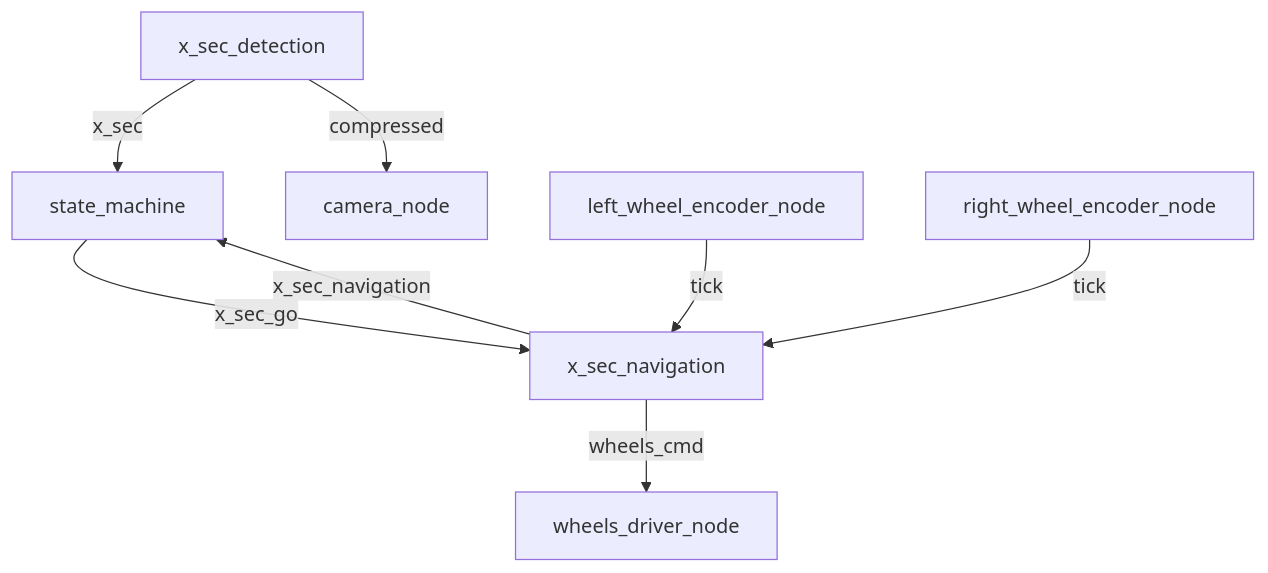
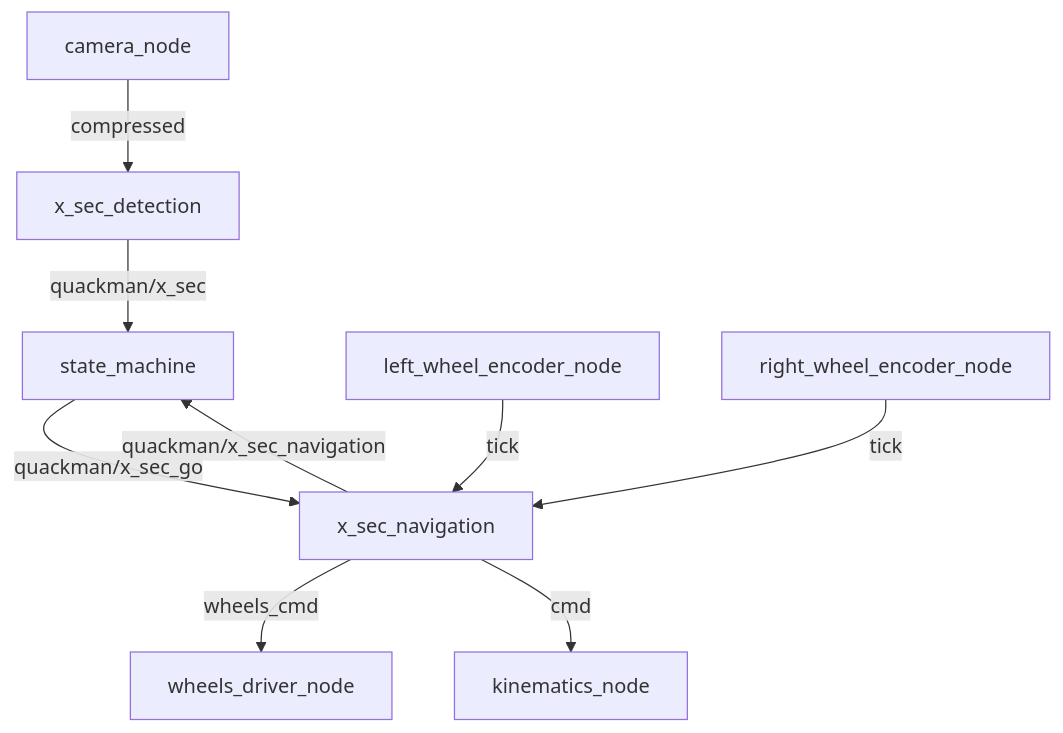
The first of 2 diagrams in README.md (Duckietown-QuackMan/x-sec-driving), drawn with Mermaid before and after one commit. The commit also changed other lines of this file, not shown here.

````diff
--- a/README.md
+++ b/README.md
@@ -27,10 +27,11 @@
 ```mermaid
 graph TD
-  x_sec_detection -- x_sec --> state_machine
-  x_sec_detection -- compressed --> camera_node
-  state_machine -- x_sec_go --> x_sec_navigation
-  x_sec_navigation -- x_sec_navigation --> state_machine
+  x_sec_detection -- quackman/x_sec --> state_machine
+  camera_node -- compressed --> x_sec_detection
+  state_machine -- quackman/x_sec_go --> x_sec_navigation
+  x_sec_navigation -- quackman/x_sec_navigation --> state_machine
   x_sec_navigation -- wheels_cmd --> wheels_driver_node
+  x_sec_navigation -- cmd --> kinematics_node
   left_wheel_encoder_node -- tick --> x_sec_navigation 
   right_wheel_encoder_node -- tick --> x_sec_navigation
 ```  
````
